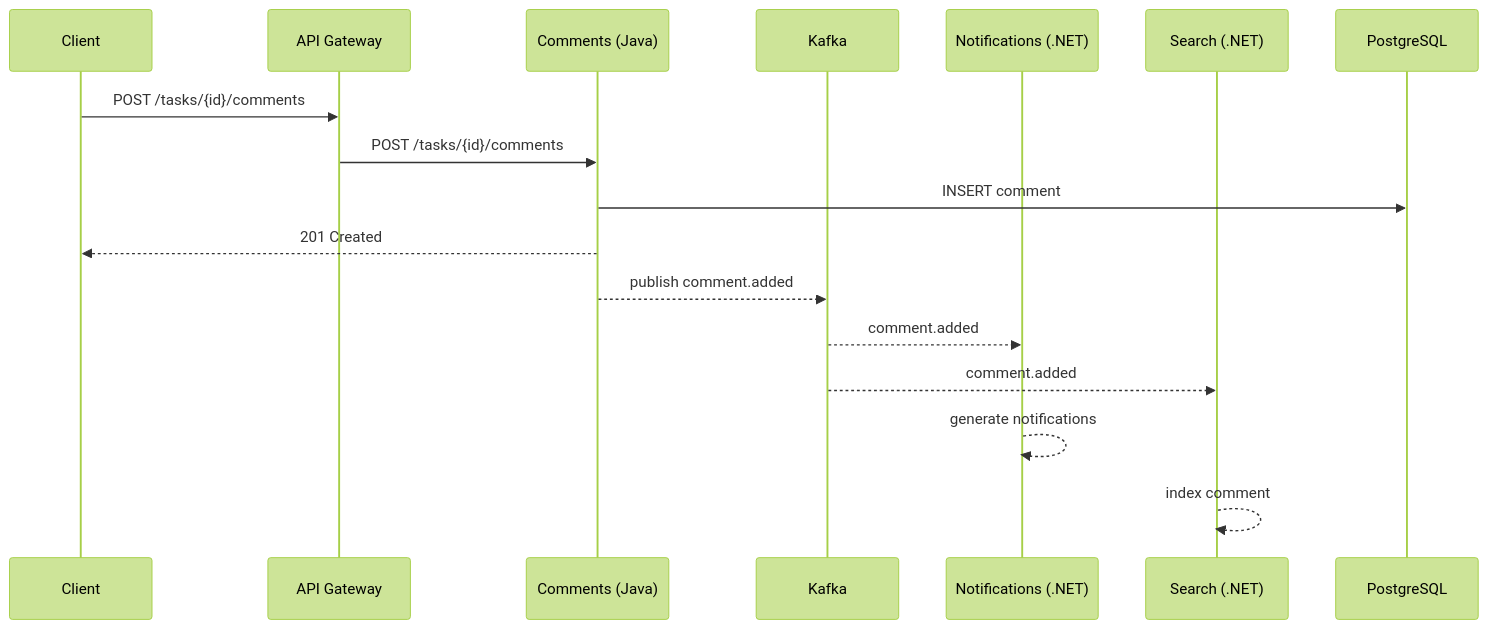
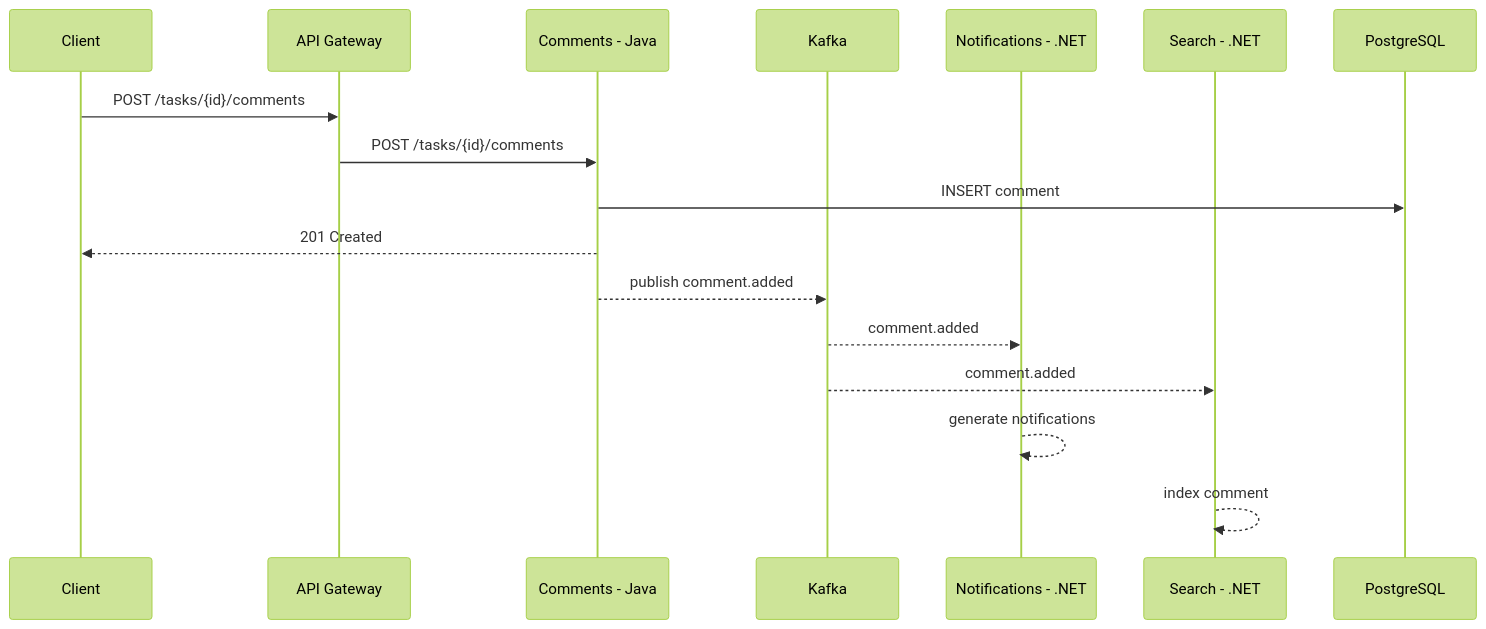
Before and after one commit to maximfersko/TaskForge: the fourth of 5 diagrams in docs/interservice-diagrams.md, drawn with Mermaid (forest theme). The commit also changed other lines of this file, not shown here.

Commit message:
refactoring main service diagram

````diff
--- a/docs/interservice-diagrams.md
+++ b/docs/interservice-diagrams.md
@@ -200,20 +201,20 @@
 ```mermaid
 sequenceDiagram
   participant C as Client
   participant GW as API Gateway
-  participant CM as Comments (Java)
+  participant CM as Comments - Java
   participant B as Kafka
-  participant N as Notifications (.NET)
-  participant S as Search (.NET)
+  participant N as Notifications - .NET
+  participant S as Search - .NET
   participant PG as PostgreSQL
 
   C->>GW: POST /tasks/{id}/comments
   GW->>CM: POST /tasks/{id}/comments
   CM->>PG: INSERT comment
   CM-->>C: 201 Created
   CM-->>B: publish comment.added
   B-->>N: comment.added
   B-->>S: comment.added
   N-->>N: generate notifications
   S-->>S: index comment
 ```
````
